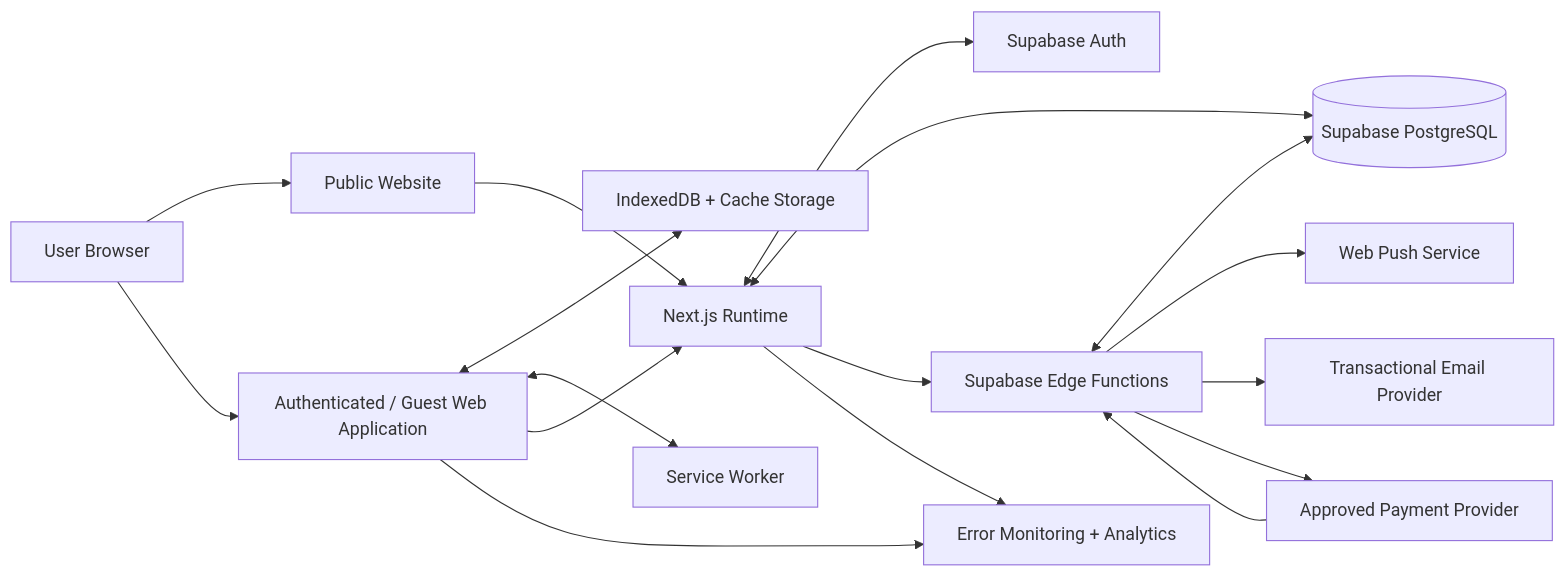
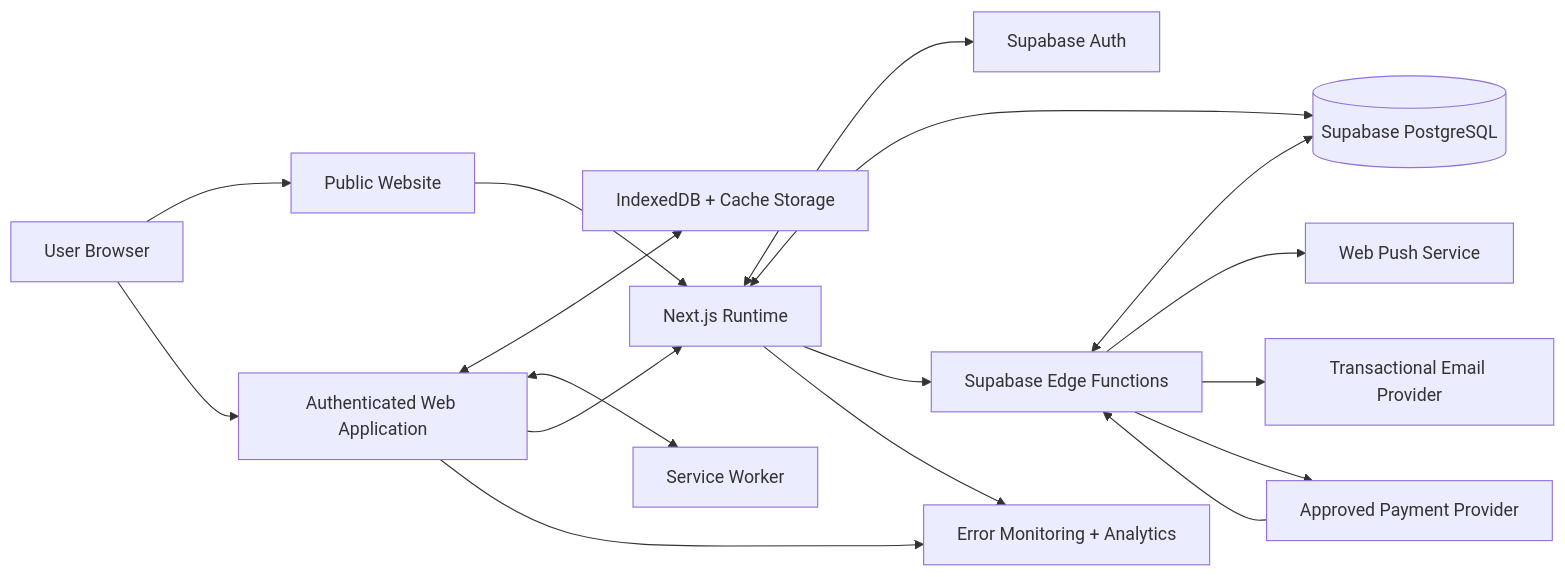
Before and after one commit to farzah14/recovery-first: the first of 6 diagrams in docs/specs/TECHNICAL-DESIGN.md, drawn with Mermaid. The commit also changed other lines of this file and 9 other files, not shown here.

````diff
--- a/docs/specs/TECHNICAL-DESIGN.md
+++ b/docs/specs/TECHNICAL-DESIGN.md
@@ -130,33 +130,33 @@
 ```mermaid
 flowchart LR
     User[User Browser]
     Public[Public Website]
-    App[Authenticated / Guest Web Application]
+    App[Authenticated Web Application]
     Local[IndexedDB + Cache Storage]
     SW[Service Worker]
     Next[Next.js Runtime]
     DB[(Supabase PostgreSQL)]
     Auth[Supabase Auth]
     Edge[Supabase Edge Functions]
     Push[Web Push Service]
     Email[Transactional Email Provider]
     Pay[Approved Payment Provider]
     Obs[Error Monitoring + Analytics]
 
     User --> Public
     User --> App
     App <--> Local
     App <--> SW
     Public --> Next
     App --> Next
     Next <--> Auth
     Next <--> DB
     Next --> Edge
     Edge <--> DB
     Edge --> Push
     Edge --> Email
     Pay --> Edge
     Edge --> Pay
     Next --> Obs
     App --> Obs
 ```
````
